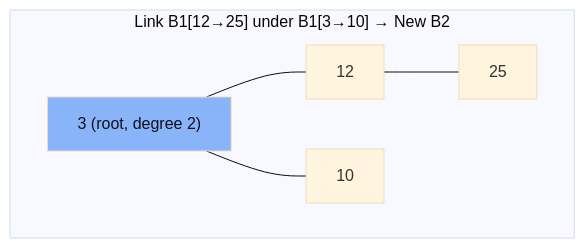
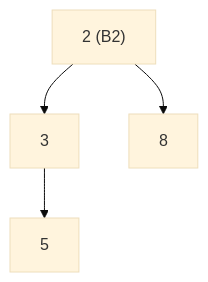
Before and after one commit to DeepLumiere/DeepSkills: diagram 18 of 29 in notes/design_and_analysis_of_algorithms/Unit_04_Advanced_Data_Structures.md, drawn with Mermaid (base theme). The commit also changed other lines of this file, not shown here.

````diff
--- a/notes/design_and_analysis_of_algorithms/Unit_04_Advanced_Data_Structures.md
+++ b/notes/design_and_analysis_of_algorithms/Unit_04_Advanced_Data_Structures.md
@@ -497,8 +797,6 @@
 ```mermaid
 flowchart TD
-    subgraph "Link B1[12→25] under B1[3→10] → New B2"
-        nr["3 (root, degree 2)"] --- c1["12"] --- gc1["25"]
-        nr --- c2["10"]
-        style nr fill:#89b4fa,color:#11111b
-    end
+    after4["2 (B2)"] --> a4c1["3"]
+    after4 --> a4c2["8"]
+    a4c1 --> a4gc["5"]
 ```
````
